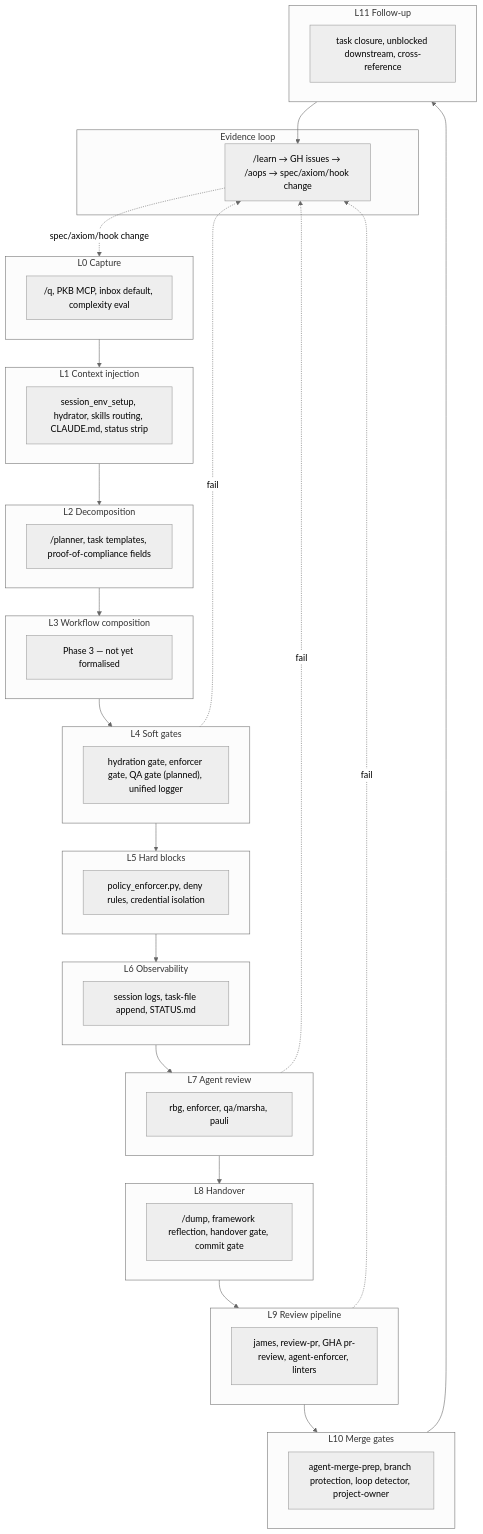
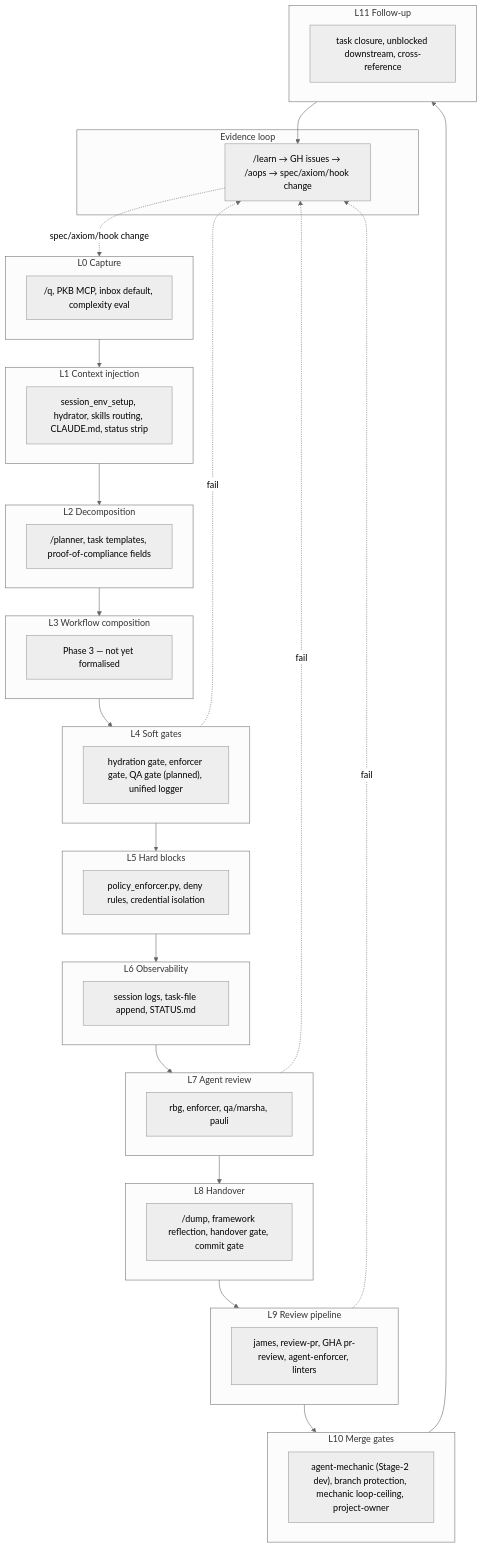
Before and after one commit to nicsuzor/academicOps: the diagram in specs/enforcement/enforcement.md, drawn with Mermaid (neutral theme). The commit also changed other lines of this file and 16 other files, not shown here.

````diff
--- a/specs/enforcement/enforcement.md
+++ b/specs/enforcement/enforcement.md
@@ -48,48 +48,48 @@
 ```mermaid
 flowchart TD
   subgraph L0[L0 Capture]
     Q["/q, PKB MCP, inbox default, complexity eval"]
   end
   subgraph L1[L1 Context injection]
     HYD["session_env_setup, hydrator, skills routing, CLAUDE.md, status strip"]
   end
   subgraph L2[L2 Decomposition]
     DEC["/planner, task templates, proof-of-compliance fields"]
   end
   subgraph L3[L3 Workflow composition]
     WF["Phase 3 — not yet formalised"]
   end
   subgraph L4[L4 Soft gates]
     GATES["hydration gate, enforcer gate, QA gate (planned), unified logger"]
   end
   subgraph L5[L5 Hard blocks]
     HARD["policy_enforcer.py, deny rules, credential isolation"]
   end
   subgraph L6[L6 Observability]
     LOGS["session logs, task-file append, STATUS.md"]
   end
   subgraph L7[L7 Agent review]
     AGENTS["rbg, enforcer, qa/marsha, pauli"]
   end
   subgraph L8[L8 Handover]
     HAND["/dump, framework reflection, handover gate, commit gate"]
   end
   subgraph L9[L9 Review pipeline]
     REV["james, review-pr, GHA pr-review, agent-enforcer, linters"]
   end
   subgraph L10[L10 Merge gates]
-    MERGE["agent-merge-prep, branch protection, loop detector, project-owner"]
+    MERGE["agent-mechanic (Stage-2 dev), branch protection, mechanic loop-ceiling, project-owner"]
   end
   subgraph L11[L11 Follow-up]
     FUP["task closure, unblocked downstream, cross-reference"]
   end
   subgraph EV[Evidence loop]
     LEARN["/learn → GH issues → /aops → spec/axiom/hook change"]
   end
   L0 --> L1 --> L2 --> L3 --> L4 --> L5 --> L6 --> L7 --> L8 --> L9 --> L10 --> L11
   L4 -. fail .-> LEARN
   L7 -. fail .-> LEARN
   L9 -. fail .-> LEARN
   L11 --> LEARN
   LEARN -. spec/axiom/hook change .-> L0
 ```
````
